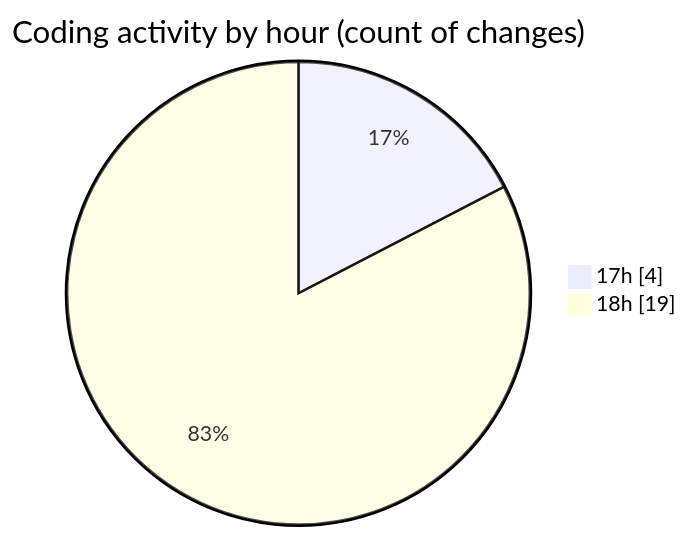
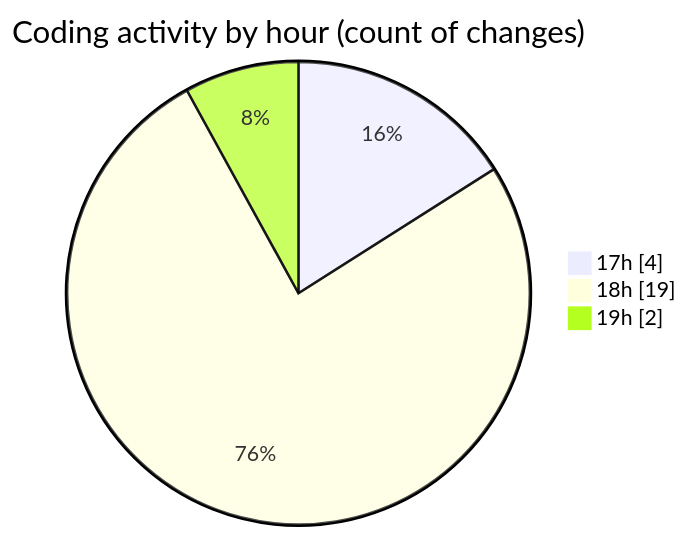
The second of 2 diagrams in 2025-03-18/myws__workspace_/README.md (MatusMokan/code-tracking), drawn with Mermaid before and after one commit. The commit also changed other lines of this file and 1 other file, not shown here.

````diff
--- a/2025-03-18/myws__workspace_/README.md
+++ b/2025-03-18/myws__workspace_/README.md
@@ -30,6 +30,7 @@
 ```mermaid
 pie showData
 title Coding activity by hour (count of changes)
 "17h" : 4
 "18h" : 19
+"19h" : 2
 ```
````
